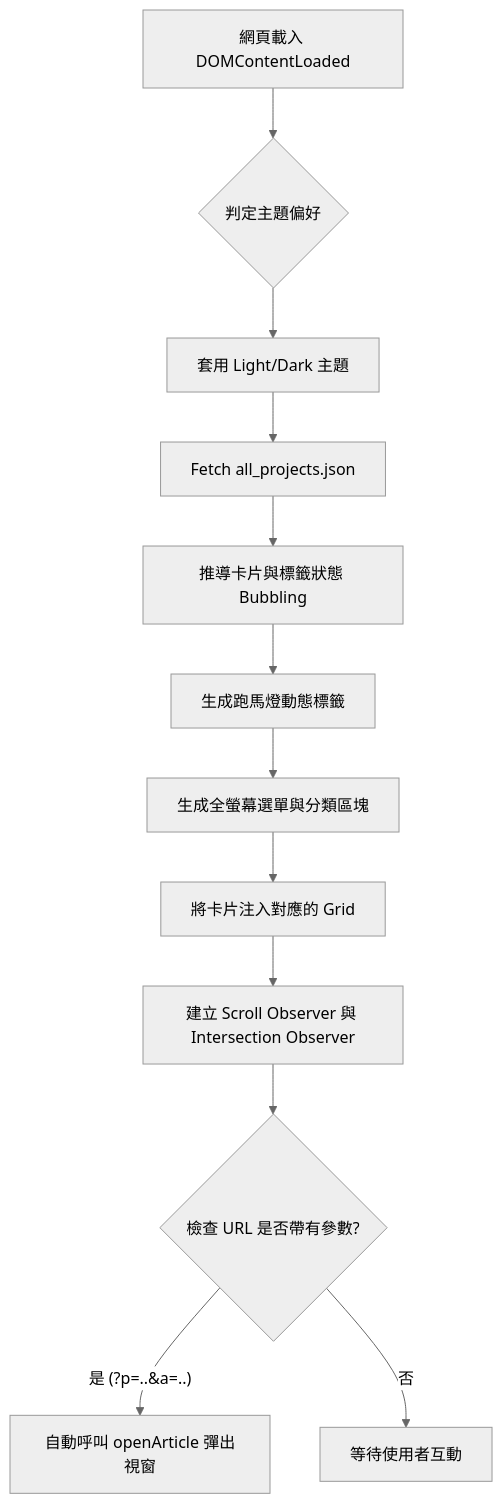
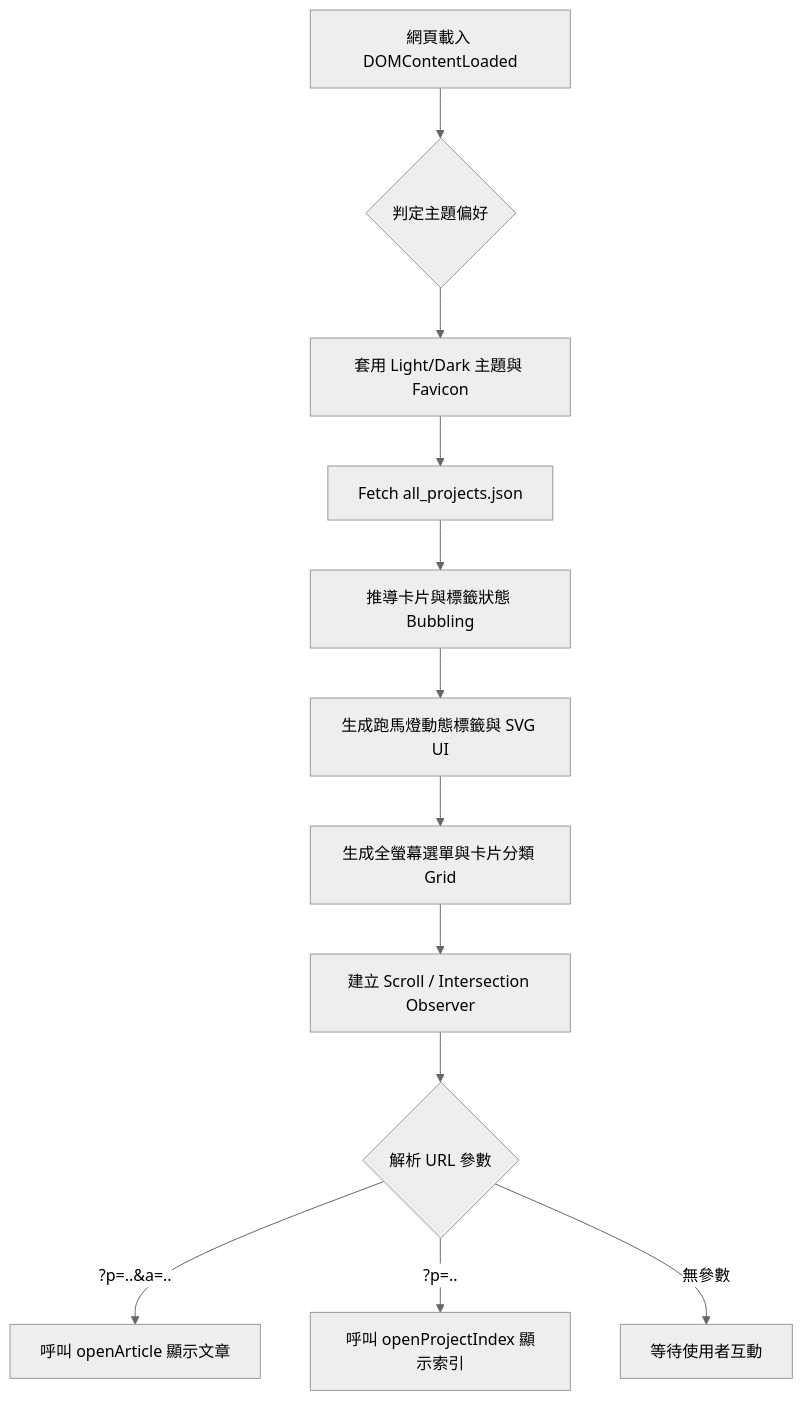
Before and after one commit to Kazekawa-azusa/Kazekawa-azusa.github.io: the diagram in handover.md, drawn with Mermaid (neutral theme). The commit also changed other lines of this file and 3 other files, not shown here.

````diff
--- a/handover.md
+++ b/handover.md
@@ -158,15 +96,15 @@
 ```mermaid
 graph TD
     A[網頁載入 DOMContentLoaded] --> B{判定主題偏好}
-    B --> C[套用 Light/Dark 主題]
+    B --> C[套用 Light/Dark 主題與 Favicon]
     C --> D[Fetch all_projects.json]
     D --> E[推導卡片與標籤狀態 Bubbling]
-    E --> F[生成跑馬燈動態標籤]
-    F --> G[生成全螢幕選單與分類區塊]
-    G --> H[將卡片注入對應的 Grid]
-    H --> I[建立 Scroll Observer 與 Intersection Observer]
-    I --> J{檢查 URL 是否帶有參數?}
-    J -- 是 (?p=..&a=..) --> K[自動呼叫 openArticle 彈出視窗]
-    J -- 否 --> L[等待使用者互動]
+    E --> F[生成跑馬燈動態標籤與 SVG UI]
+    F --> G[生成全螢幕選單與卡片分類 Grid]
+    G --> H[建立 Scroll / Intersection Observer]
+    H --> I{解析 URL 參數}
+    I -- ?p=..&a=.. --> J[呼叫 openArticle 顯示文章]
+    I -- ?p=.. --> K[呼叫 openProjectIndex 顯示索引]
+    I -- 無參數 --> L[等待使用者互動]
 
 ```
````
